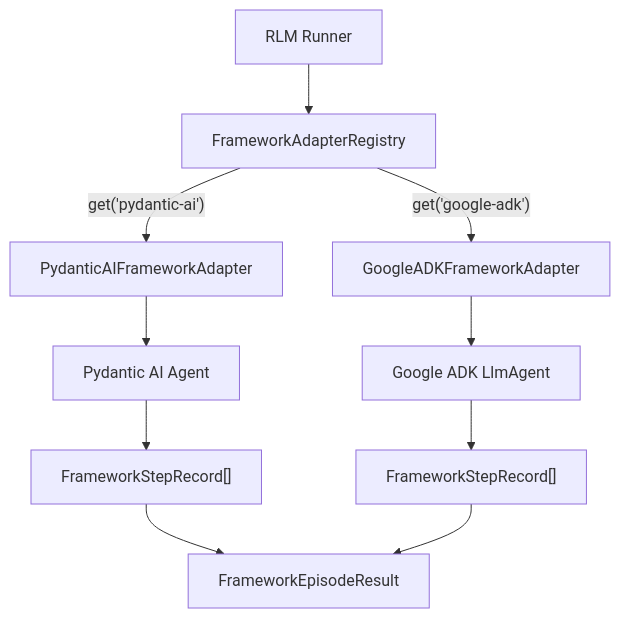
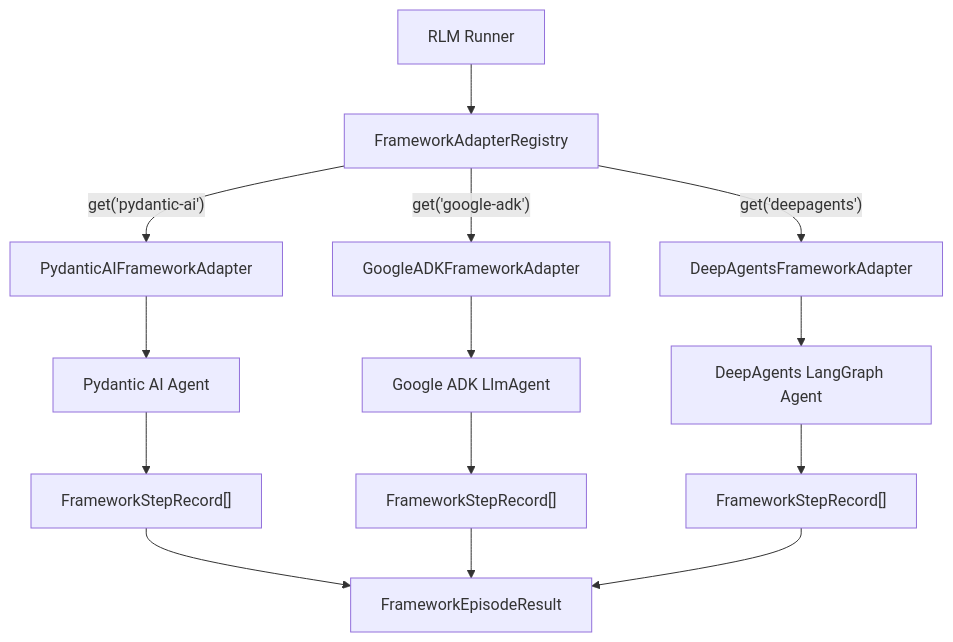
One commit to SuperagenticAI/rlm-code changed the diagram in docs/integrations/frameworks.md. Above: the diagram before and after it, drawn with Mermaid. The commit also changed other lines of this file and 40 other files, not shown here.

````diff
--- a/docs/integrations/frameworks.md
+++ b/docs/integrations/frameworks.md
@@ -24,12 +25,16 @@
 ```mermaid
 graph TD
     Runner["RLM Runner"] --> Registry["FrameworkAdapterRegistry"]
     Registry -->|"get('pydantic-ai')"| PydAI["PydanticAIFrameworkAdapter"]
     Registry -->|"get('google-adk')"| ADK["GoogleADKFrameworkAdapter"]
+    Registry -->|"get('deepagents')"| DA["DeepAgentsFrameworkAdapter"]
     PydAI --> Agent1["Pydantic AI Agent"]
     ADK --> Agent2["Google ADK LlmAgent"]
+    DA --> Agent3["DeepAgents LangGraph Agent"]
     Agent1 --> Steps1["FrameworkStepRecord[]"]
     Agent2 --> Steps2["FrameworkStepRecord[]"]
+    Agent3 --> Steps3["FrameworkStepRecord[]"]
     Steps1 --> Result["FrameworkEpisodeResult"]
     Steps2 --> Result
+    Steps3 --> Result
 ```
````
